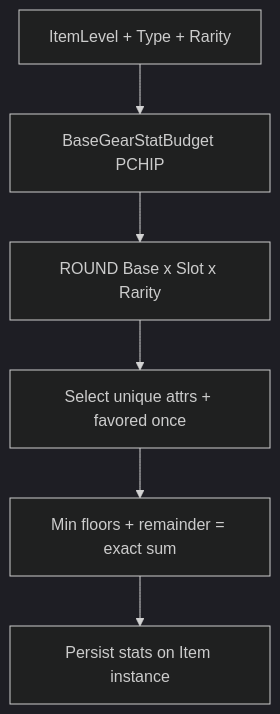
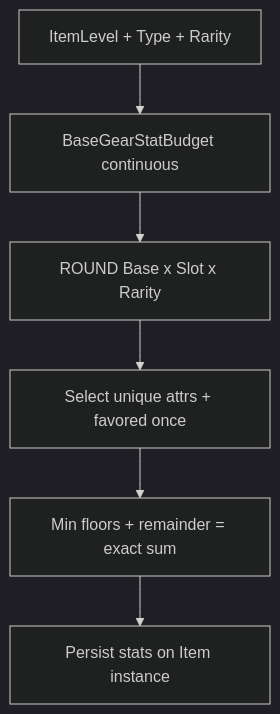
One commit to generalDukie/loot-and-lasers changed the second of 2 diagrams in docs/PHASE_GEAR_GENERATION.md. Above: the diagram before and after it, drawn with Mermaid (dark theme). The commit also changed other lines of this file and 32 other files, not shown here.

````diff
--- a/docs/PHASE_GEAR_GENERATION.md
+++ b/docs/PHASE_GEAR_GENERATION.md
@@ -138,10 +143,10 @@
 ```mermaid
 flowchart TB
   Params[ItemLevel + Type + Rarity]
-  Base[BaseGearStatBudget PCHIP]
+  Base[BaseGearStatBudget continuous]
   Pool[ROUND Base x Slot x Rarity]
   Sel[Select unique attrs + favored once]
   Alloc[Min floors + remainder = exact sum]
   Snap[Persist stats on Item instance]
   Params --> Base --> Pool --> Sel --> Alloc --> Snap
 ```
````
